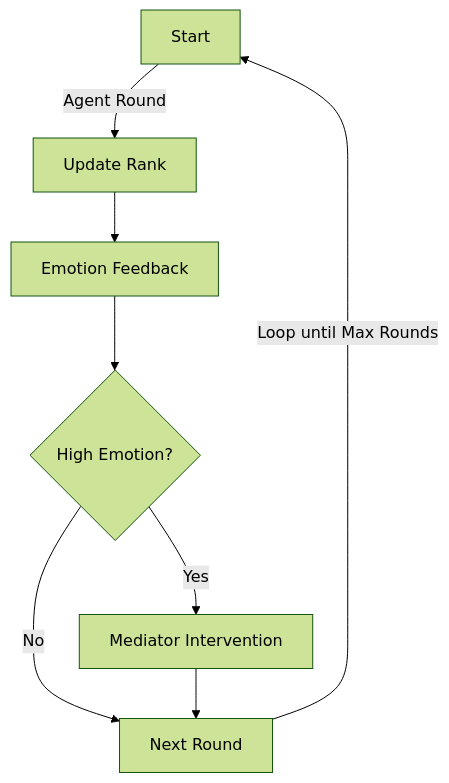
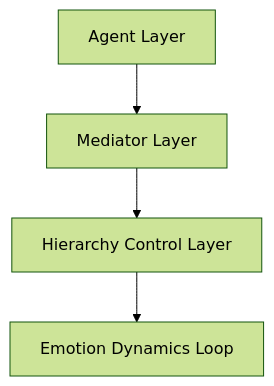
The diagram in README.md (japan1988/multi-agent-mediation), drawn with Mermaid (forest theme) before and after one commit. The commit also changed other lines of this file, not shown here.

`````diff
--- a/README.md
+++ b/README.md
@@ -16,10 +59,6 @@
 ```mermaid
-flowchart TD
-    A[Start] -->|Agent Round| B[Update Rank]
-    B --> C[Emotion Feedback]
-    C --> D{High Emotion?}
-    D -->|Yes| E[Mediator Intervention]
-    D -->|No| F[Next Round]
-    E --> F
-    F -->|Loop until Max Rounds| A
-````
+graph TD
+  A[Agent Layer] --> B[Mediator Layer]
+  B --> C[Hierarchy Control Layer]
+  C --> D[Emotion Dynamics Loop]
+```
`````
